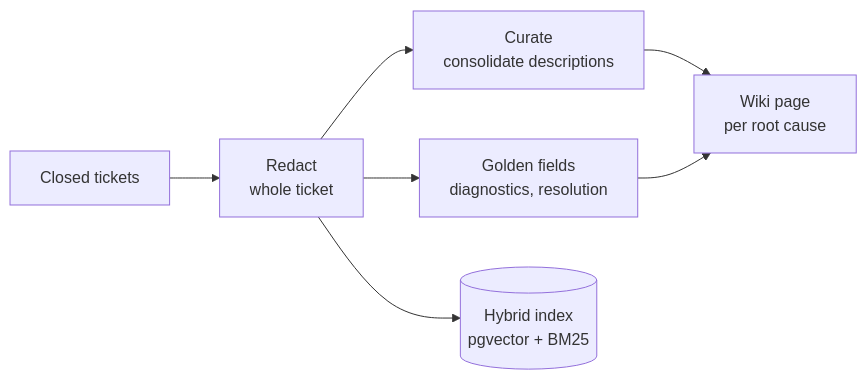
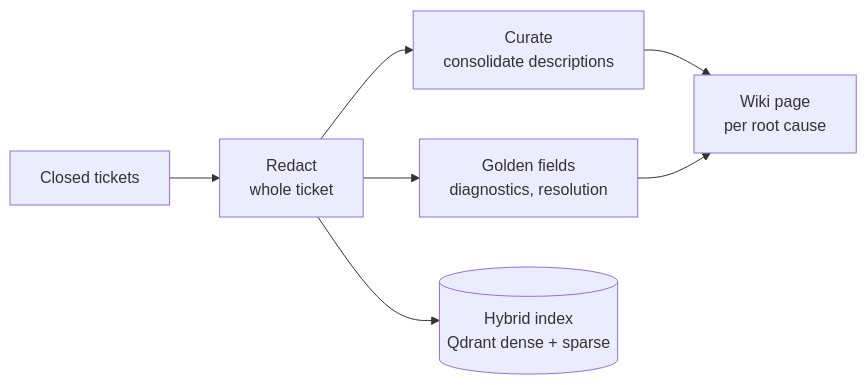
Before and after one commit to ameau01/itsm-knowledge-rag: the second of 5 diagrams in ARCHITECTURE.md, drawn with Mermaid. The commit also changed 21 other files, not shown here.

Commit message:
Update design doc to use qdrant over pgvector.

````diff
--- a/ARCHITECTURE.md
+++ b/ARCHITECTURE.md
@@ -50,9 +50,9 @@
 ```mermaid
 flowchart LR
     T["Closed tickets"] --> R["Redact<br/>whole ticket"]
     R --> C["Curate<br/>consolidate descriptions"]
     R --> G["Golden fields<br/>diagnostics, resolution"]
     C --> W["Wiki page<br/>per root cause"]
     G --> W
-    R --> IDX[("Hybrid index<br/>pgvector + BM25")]
+    R --> IDX[("Hybrid index<br/>Qdrant dense + sparse")]
 ```
````
